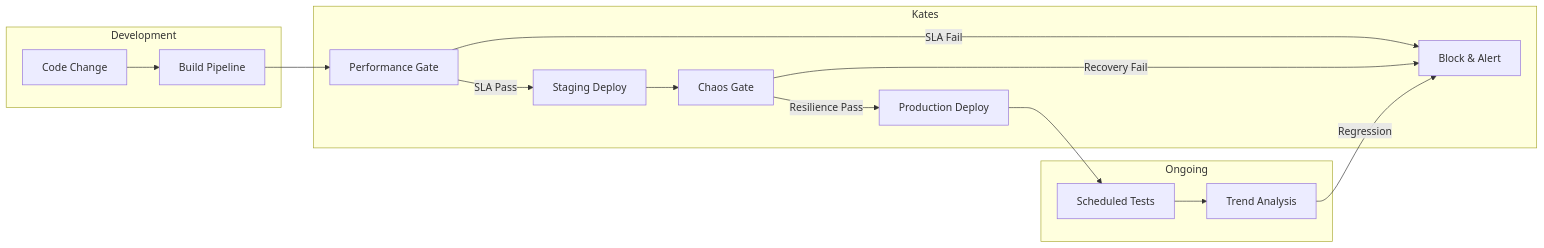
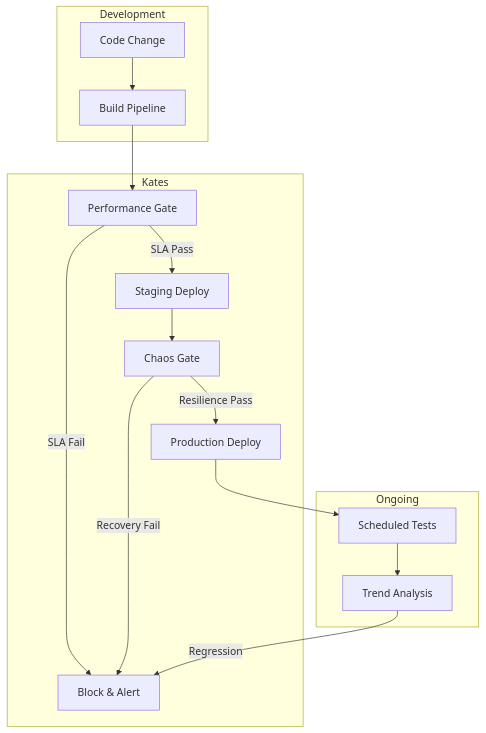
One commit to actions-marketplace-validations/bmscomp_kates changed the second of 2 diagrams in docs/book/01-introduction.md. Above: the diagram before and after it, drawn with Mermaid. The commit also changed 21 other files, not shown here.

First line of the commit message:
docs(book): readable code and diagrams, and a light/dark theme (#187)

````diff
--- a/docs/book/01-introduction.md
+++ b/docs/book/01-introduction.md
@@ -86,21 +86,21 @@
 ```mermaid
-graph LR
+graph TB
     subgraph Development
         A[Code Change] --> B[Build Pipeline]
     end
     
     subgraph Kates
         B --> C[Performance Gate]
         C -->|SLA Pass| D[Staging Deploy]
         D --> E[Chaos Gate]
         E -->|Resilience Pass| F[Production Deploy]
         C -->|SLA Fail| G[Block & Alert]
         E -->|Recovery Fail| G
     end
     
     subgraph Ongoing
         F --> H[Scheduled Tests]
         H --> I[Trend Analysis]
         I -->|Regression| G
     end
 ```
````
